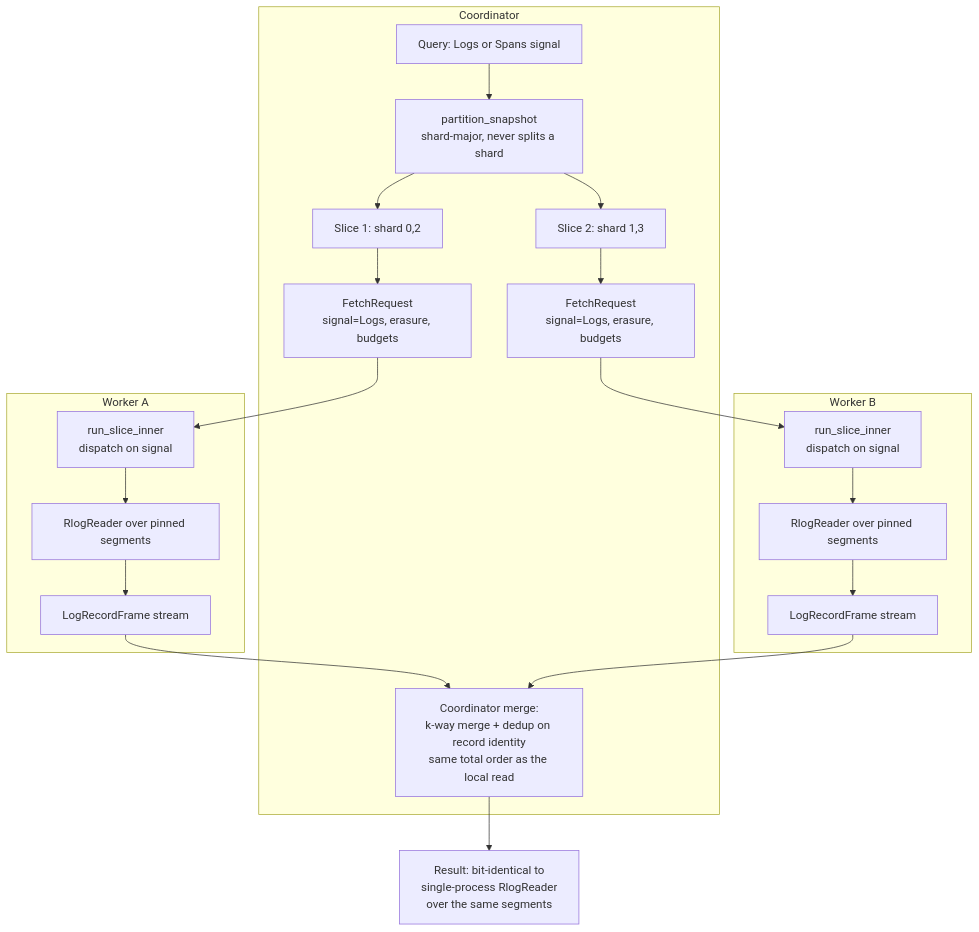
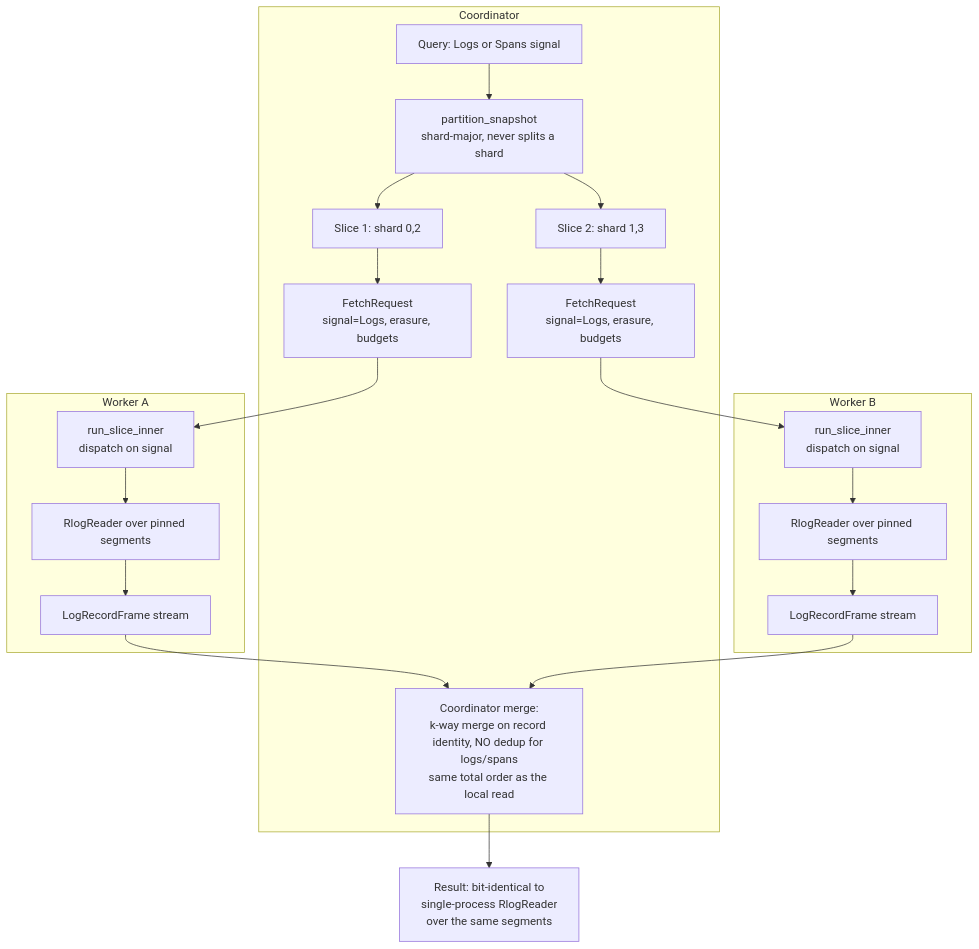
Before and after one commit to NOFireAI/ravel: the fourth of 4 diagrams in docs/adrs/0071-distributed-read-fanout.md, drawn with Mermaid. The commit also changed other lines of this file, not shown here.

First line of the commit message:
docs(adrs): correct ADR-0071 amendment's dedup claim for logs/spans

````diff
--- a/docs/adrs/0071-distributed-read-fanout.md
+++ b/docs/adrs/0071-distributed-read-fanout.md
@@ -1293,24 +1293,24 @@
 ```mermaid
 flowchart TB
     subgraph Coordinator
         Q[Query: Logs or Spans signal] --> P[partition_snapshot\nshard-major, never splits a shard]
         P --> S1[Slice 1: shard 0,2]
         P --> S2[Slice 2: shard 1,3]
         S1 --> F1[FetchRequest\nsignal=Logs, erasure, budgets]
         S2 --> F2[FetchRequest\nsignal=Logs, erasure, budgets]
-        M[Coordinator merge:\nk-way merge + dedup on record identity\nsame total order as the local read] 
+        M[Coordinator merge:\nk-way merge on record identity, NO dedup for logs/spans\nsame total order as the local read] 
     end
     subgraph Worker1[Worker A]
         F1 --> W1[run_slice_inner\ndispatch on signal]
         W1 --> RL1[RlogReader over pinned segments]
         RL1 --> LF1[LogRecordFrame stream]
     end
     subgraph Worker2[Worker B]
         F2 --> W2[run_slice_inner\ndispatch on signal]
         W2 --> RL2[RlogReader over pinned segments]
         RL2 --> LF2[LogRecordFrame stream]
     end
     LF1 --> M
     LF2 --> M
     M --> R[Result: bit-identical to\nsingle-process RlogReader\nover the same segments]
 ```
````
